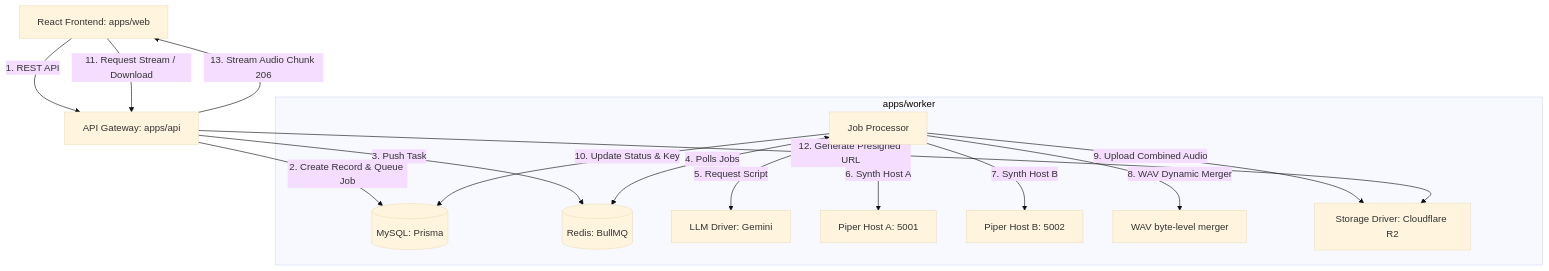
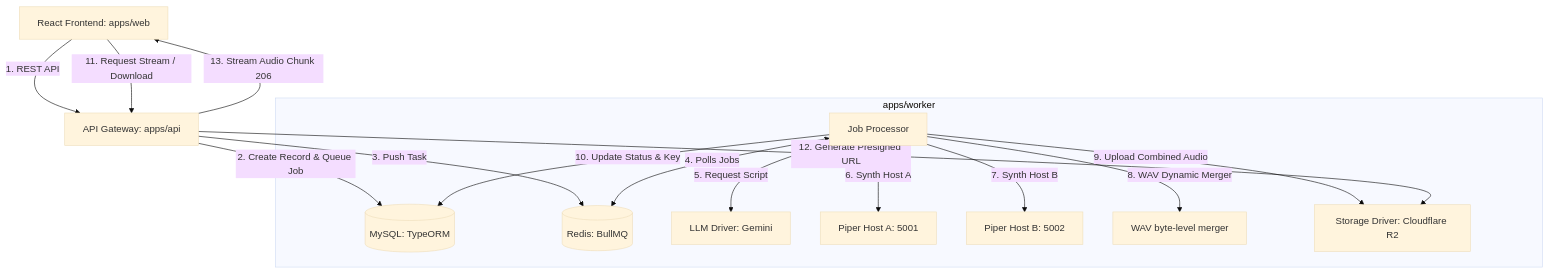
The diagram in README.md (rdmaulana/podmine), drawn with Mermaid (base theme) before and after one commit. The commit also changed other lines of this file and 34 other files, not shown here.

First line of the commit message:
refactor: migrate database layer from Prisma to TypeORM (#3)

````diff
--- a/README.md
+++ b/README.md
@@ -19,20 +19,20 @@
 ```mermaid
 graph TD
     Client[React Frontend: apps/web] -->|1. REST API| API[API Gateway: apps/api]
-    API -->|2. Create Record & Queue Job| DB[(MySQL: Prisma)]
+    API -->|2. Create Record & Queue Job| DB[(MySQL: TypeORM)]
     API -->|3. Push Task| Redis[(Redis: BullMQ)]
     
     subgraph Background Worker [apps/worker]
         Worker[Job Processor] <-->|4. Polls Jobs| Redis
         Worker -->|5. Request Script| LLM[LLM Driver: Gemini]
         Worker -->|6. Synth Host A| PiperA[Piper Host A: 5001]
         Worker -->|7. Synth Host B| PiperB[Piper Host B: 5002]
         Worker -->|8. WAV Dynamic Merger| WM[WAV byte-level merger]
         Worker -->|9. Upload Combined Audio| ST[Storage Driver: Cloudflare R2]
         Worker -->|10. Update Status & Key| DB
     end
 
     Client -->|11. Request Stream / Download| API
     API -->|12. Generate Presigned URL| ST
     API -->|13. Stream Audio Chunk 206| Client
 ```
````
